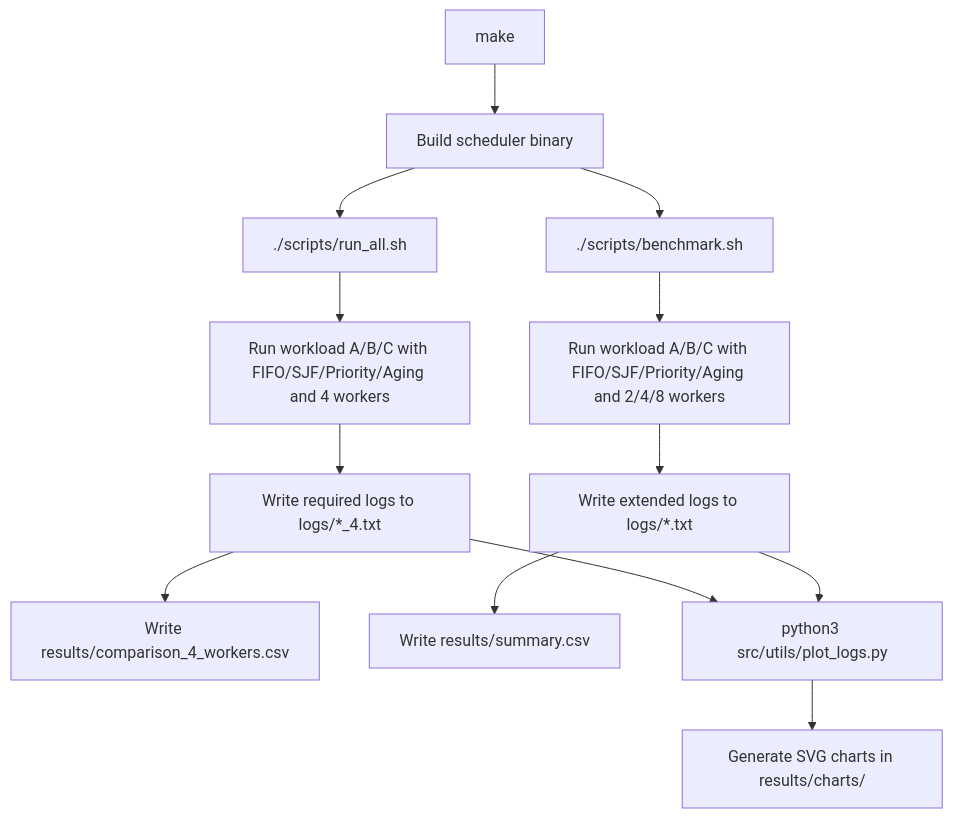
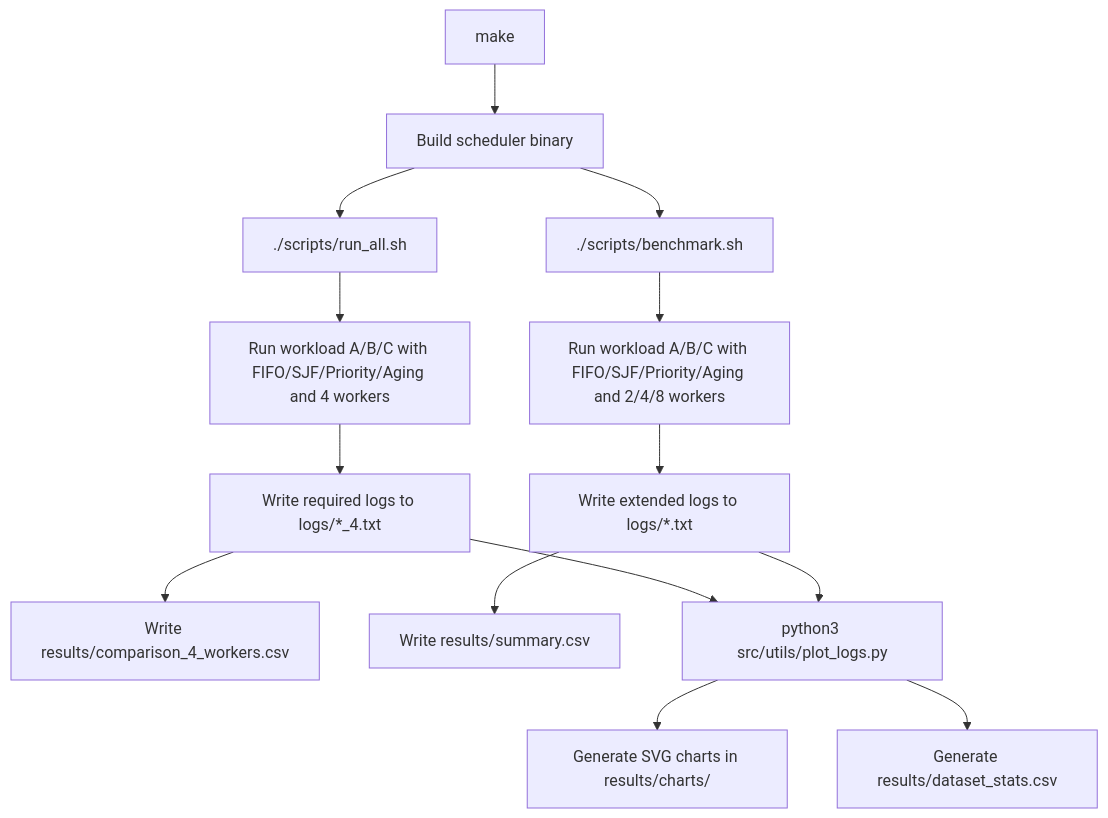
The fourth of 5 diagrams in docs/project_workflow.md (5vibecoderhcmut/week_4_lab_OS), drawn with Mermaid before and after one commit. The commit also changed other lines of this file and 11 other files, not shown here.

Commit message:
Add workload dataset statistics charts

````diff
--- a/docs/project_workflow.md
+++ b/docs/project_workflow.md
@@ -90,17 +92,18 @@
 ```mermaid
 flowchart TD
     A["make"] --> B["Build scheduler binary"]
     B --> C["./scripts/run_all.sh"]
     C --> D["Run workload A/B/C with FIFO/SJF/Priority/Aging and 4 workers"]
     D --> E["Write required logs to logs/*_4.txt"]
     E --> F["Write results/comparison_4_workers.csv"]
 
     B --> G["./scripts/benchmark.sh"]
     G --> H["Run workload A/B/C with FIFO/SJF/Priority/Aging and 2/4/8 workers"]
     H --> I["Write extended logs to logs/*.txt"]
     I --> J["Write results/summary.csv"]
 
     E --> K["python3 src/utils/plot_logs.py"]
     I --> K
     K --> L["Generate SVG charts in results/charts/"]
+    K --> M["Generate results/dataset_stats.csv"]
 ```
````
